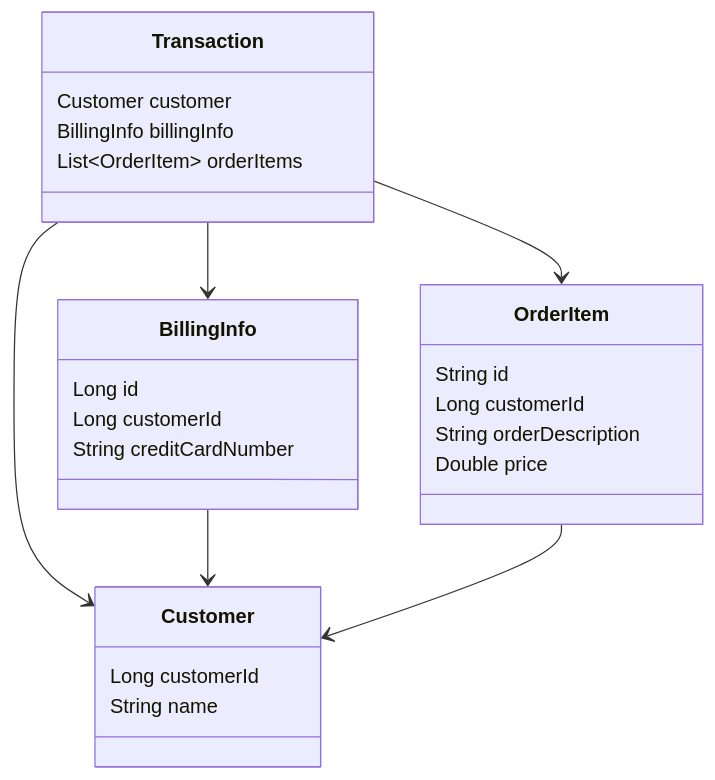
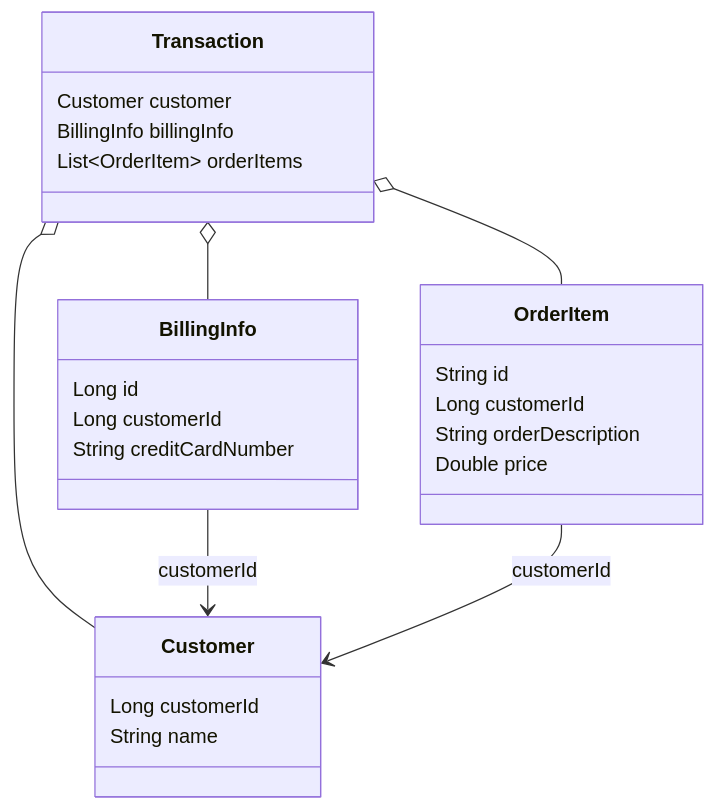
The first of 3 diagrams in README.md (pellse/assembler), drawn with Mermaid before and after one commit. The commit also changed other lines of this file, not shown here.

````diff
--- a/README.md
+++ b/README.md
@@ -50,33 +50,33 @@
 ```mermaid
 classDiagram
     class Customer {
         Long customerId
         String name
     }
 
     class BillingInfo {
         Long id
         Long customerId
         String creditCardNumber
     }
 
     class OrderItem {
         String id
         Long customerId
         String orderDescription
         Double price
     }
 
     class Transaction {
         Customer customer
         BillingInfo billingInfo
         List~OrderItem~ orderItems
     }
 
-    Transaction --> Customer
-    Transaction --> BillingInfo
-    Transaction --> OrderItem
-    BillingInfo --> Customer
-    OrderItem --> Customer
+    Transaction o-- Customer
+    Transaction o-- BillingInfo
+    Transaction o-- OrderItem
+    BillingInfo --> Customer : customerId
+    OrderItem --> Customer : customerId
 
 ```
````
